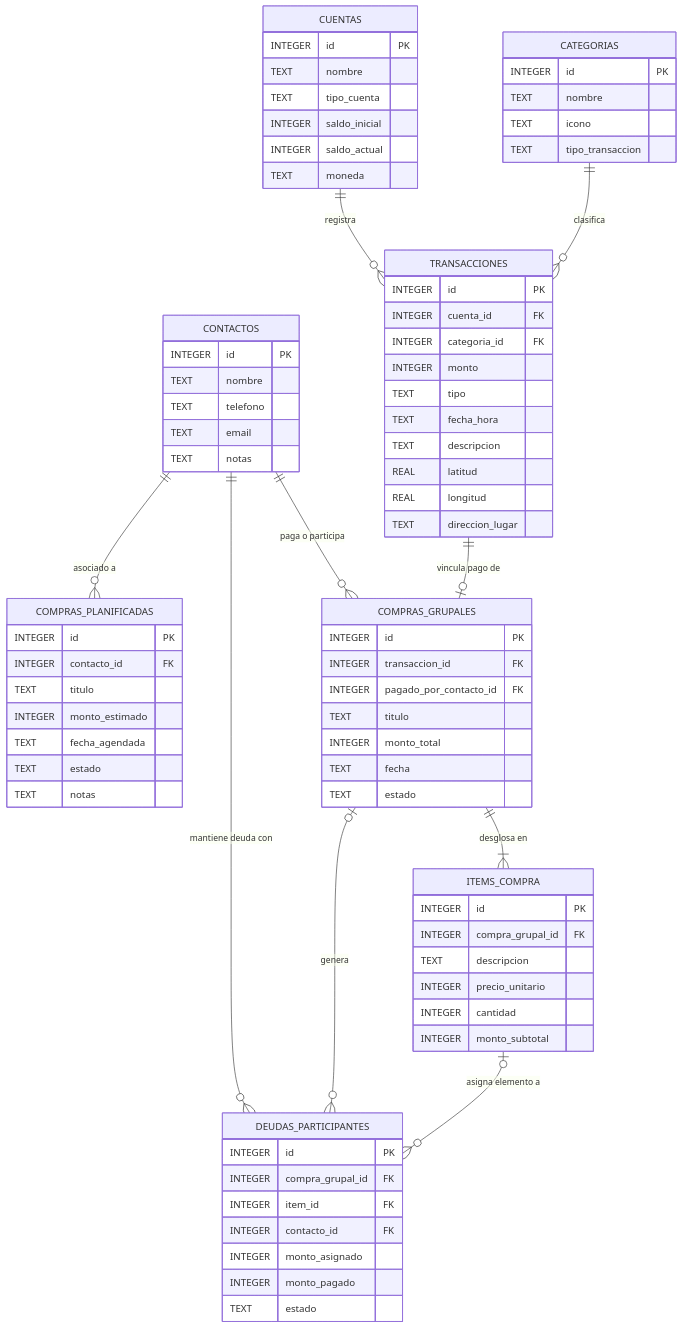
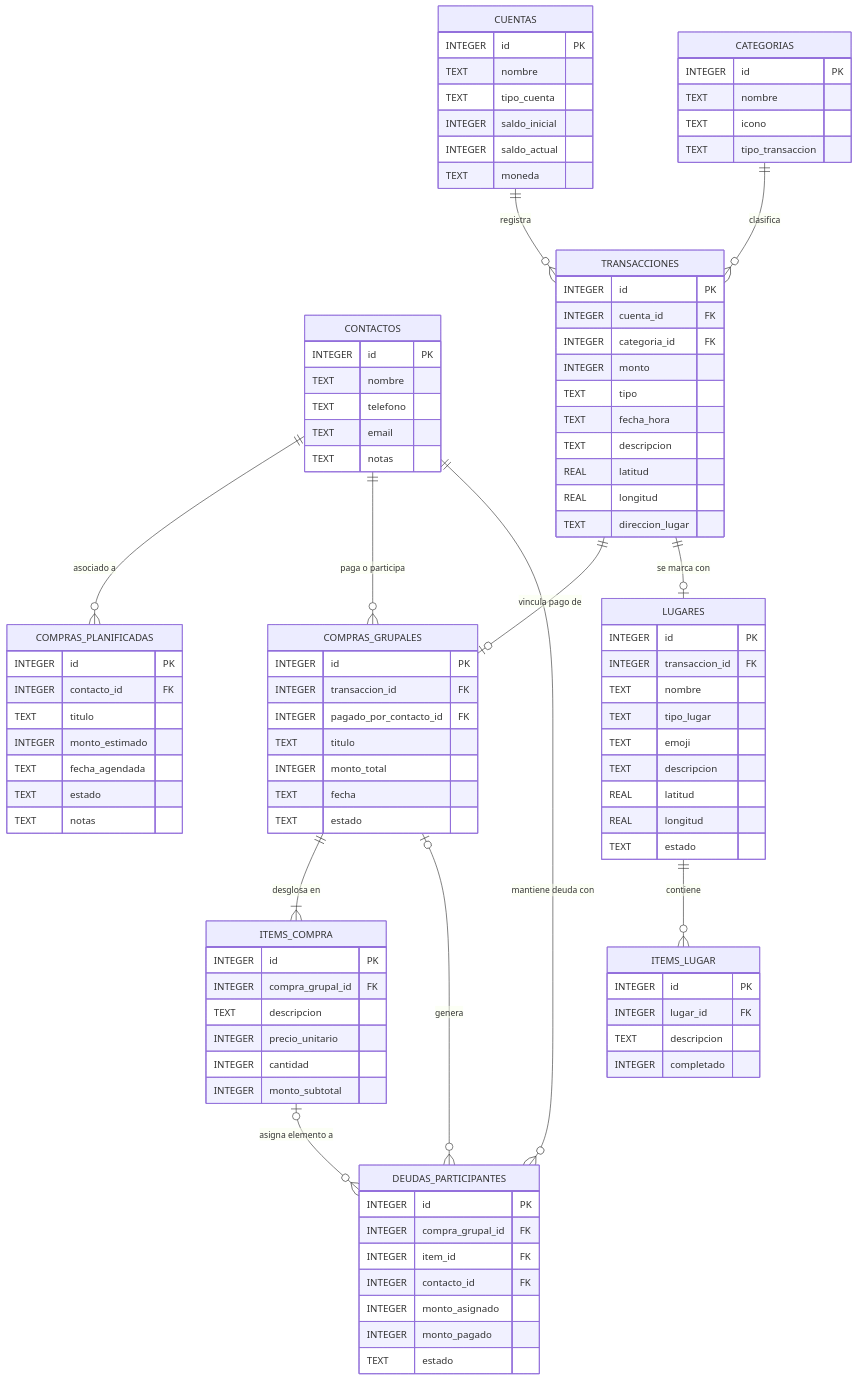
One commit to GGallegosO/LocalCash changed the diagram in README.md. Above: the diagram before and after it, drawn with Mermaid. The commit also changed other lines of this file and 9 other files, not shown here.

```diff
--- a/README.md
+++ b/README.md
@@ -65,7 +66,9 @@
     CUENTAS ||--o{ TRANSACCIONES : "registra"
     CATEGORIAS ||--o{ TRANSACCIONES : "clasifica"
     TRANSACCIONES ||--o| COMPRAS_GRUPALES : "vincula pago de"
+    TRANSACCIONES ||--o| LUGARES : "se marca con"
 
+    LUGARES ||--o{ ITEMS_LUGAR : "contiene"
     COMPRAS_GRUPALES ||--|{ ITEMS_COMPRA : "desglosa en"
     COMPRAS_GRUPALES |o--o{ DEUDAS_PARTICIPANTES : "genera"
     ITEMS_COMPRA |o--o{ DEUDAS_PARTICIPANTES : "asigna elemento a"
@@ -107,6 +110,25 @@
         TEXT direccion_lugar
     }
 
+    LUGARES {
+        INTEGER id PK
+        INTEGER transaccion_id FK
+        TEXT nombre
+        TEXT tipo_lugar
+        TEXT emoji
+        TEXT descripcion
+        REAL latitud
+        REAL longitud
+        TEXT estado
+    }
+
+    ITEMS_LUGAR {
+        INTEGER id PK
+        INTEGER lugar_id FK
+        TEXT descripcion
+        INTEGER completado
+    }
+
     COMPRAS_PLANIFICADAS {
         INTEGER id PK
         INTEGER contacto_id FK
```
